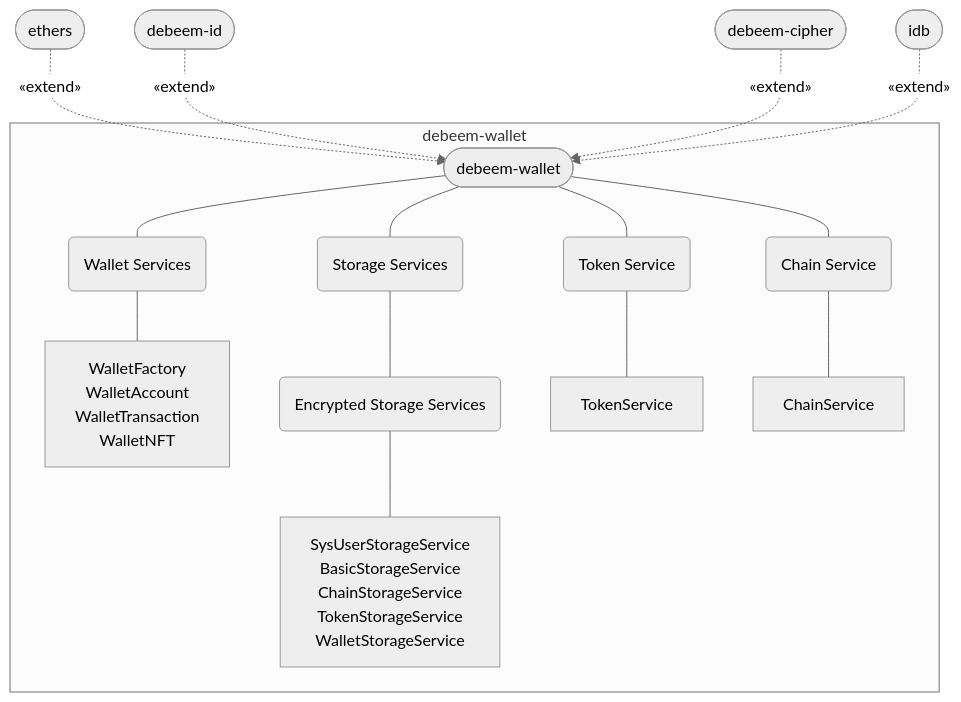
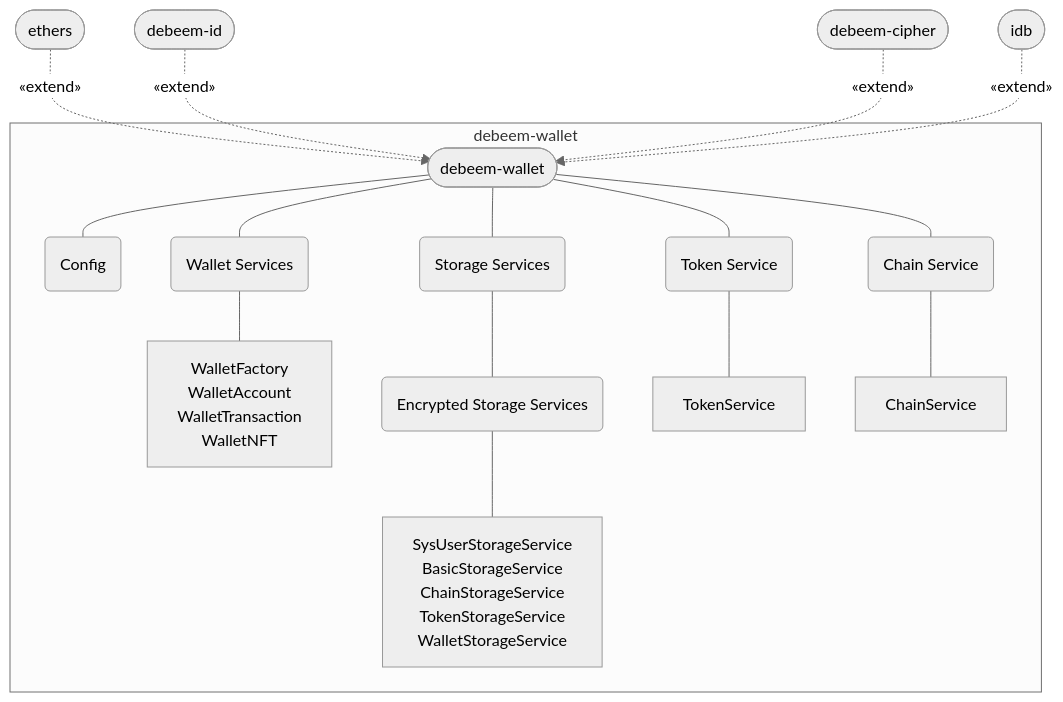
One commit to debeem/js-debeem-wallet changed the diagram in README.md. Above: the diagram before and after it, drawn with Mermaid (neutral theme). The commit also changed other lines of this file and 73 other files, not shown here.

````diff
--- a/README.md
+++ b/README.md
@@ -28,52 +34,54 @@
 ```mermaid
 flowchart TD
 
     id([debeem-id])
     cipher([debeem-cipher])
     ethers([ethers])
     idb([idb])
 
     ethers -. «extend» .-> root
     id -. «extend» .-> root
     cipher -. «extend» .-> root
     idb -. «extend» .-> root
 
     subgraph debeem-wallet
         root([debeem-wallet])
 
+        config(Config)
         walletServices(Wallet Services)
         storageServices(Storage Services)
         chainService(Chain Service)
         tokenService(Token Service)
+        root --- config
         root --- walletServices
         root --- storageServices
         root --- chainService
         root --- tokenService
 
         %% wallet service list
         walletServiceList["WalletFactory
             WalletAccount
             WalletTransaction
             WalletNFT"]
         walletServices --- walletServiceList
 
         %% storage service list
         encryptedStorageServices(Encrypted Storage Services)
         storageServicesList["SysUserStorageService
             BasicStorageService
             ChainStorageService
             TokenStorageService
             WalletStorageService"]
         storageServices --- encryptedStorageServices
         encryptedStorageServices --- storageServicesList
 
         %% chain service list
         tokenServiceList["TokenService"]
         tokenService --- tokenServiceList
 
         %% token service list
         chainServiceList["ChainService"]
         chainService --- chainServiceList
 
     end
 ```
````
